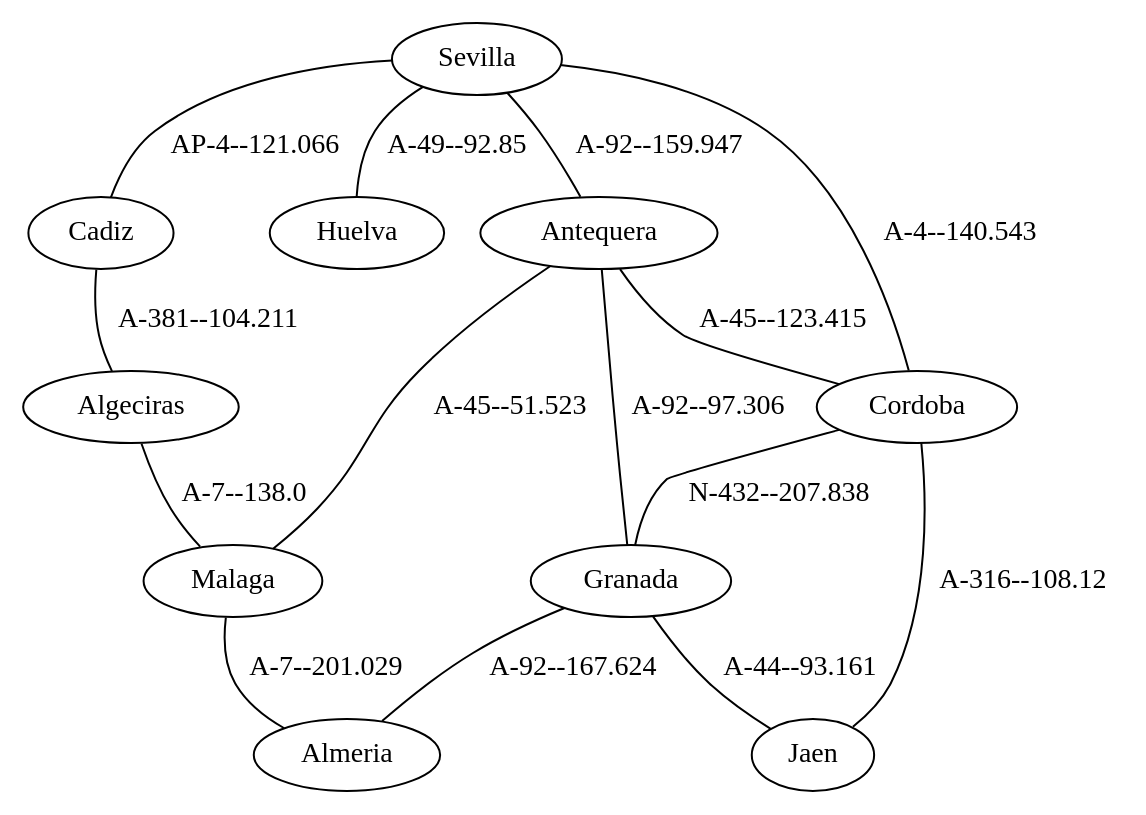
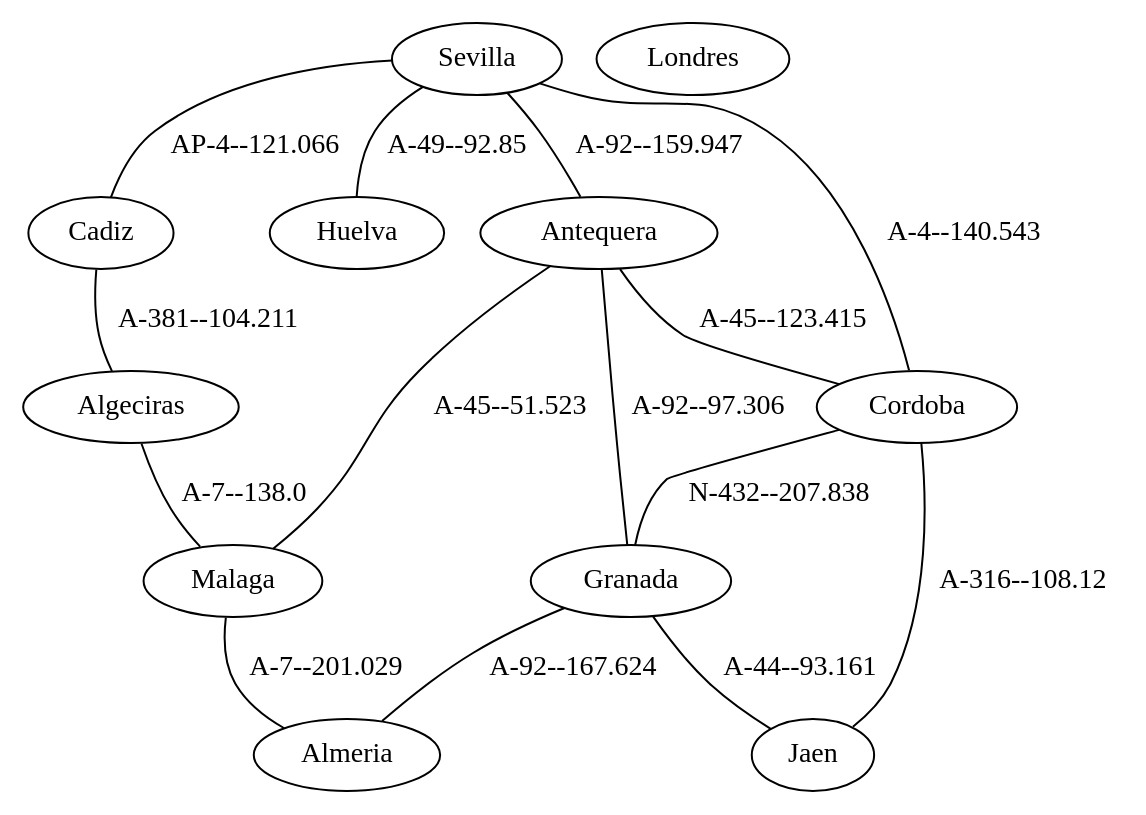
One commit to migueltoro/ada_v2_18 changed the diagram in java/EjemplosDeGrafos/ficheros/andalucia.gv. Above: the diagram before and after it, drawn with Graphviz. The commit also changed 2 other files, not shown here.

```diff
--- a/java/EjemplosDeGrafos/ficheros/andalucia.gv
+++ b/java/EjemplosDeGrafos/ficheros/andalucia.gv
@@ -1,26 +1,27 @@
 strict graph G {
   1 [ label="Sevilla" ];
   2 [ label="Cadiz" ];
   3 [ label="Huelva" ];
   4 [ label="Cordoba" ];
   5 [ label="Malaga" ];
   6 [ label="Antequera" ];
   7 [ label="Almeria" ];
   8 [ label="Granada" ];
   9 [ label="Jaen" ];
   10 [ label="Algeciras" ];
+  11 [ label="Londres" ];
   1 -- 3 [ label="A-49--92.85" ];
   1 -- 4 [ label="A-4--140.543" ];
   1 -- 2 [ label="AP-4--121.066" ];
   1 -- 6 [ label="A-92--159.947" ];
   6 -- 8 [ label="A-92--97.306" ];
   6 -- 5 [ label="A-45--51.523" ];
   6 -- 4 [ label="A-45--123.415" ];
   5 -- 7 [ label="A-7--201.029" ];
   4 -- 9 [ label="A-316--108.12" ];
   4 -- 8 [ label="N-432--207.838" ];
   8 -- 7 [ label="A-92--167.624" ];
   8 -- 9 [ label="A-44--93.161" ];
   2 -- 10 [ label="A-381--104.211" ];
   10 -- 5 [ label="A-7--138.0" ];
 }
```
